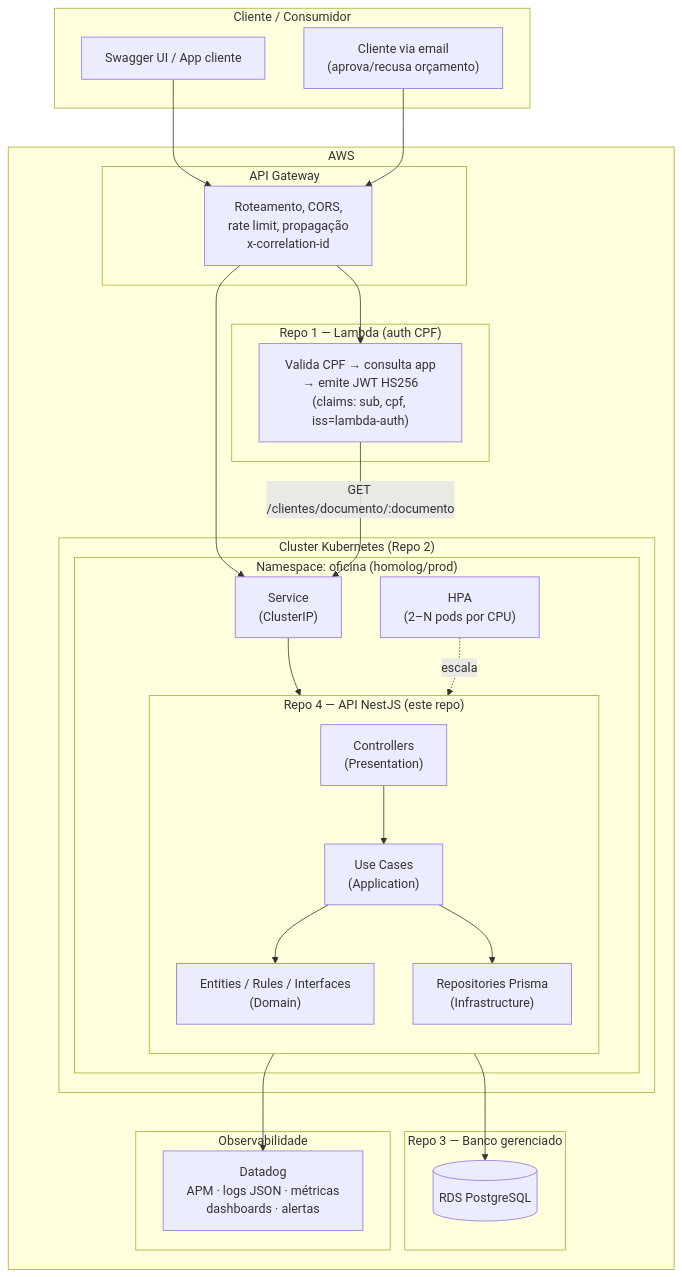
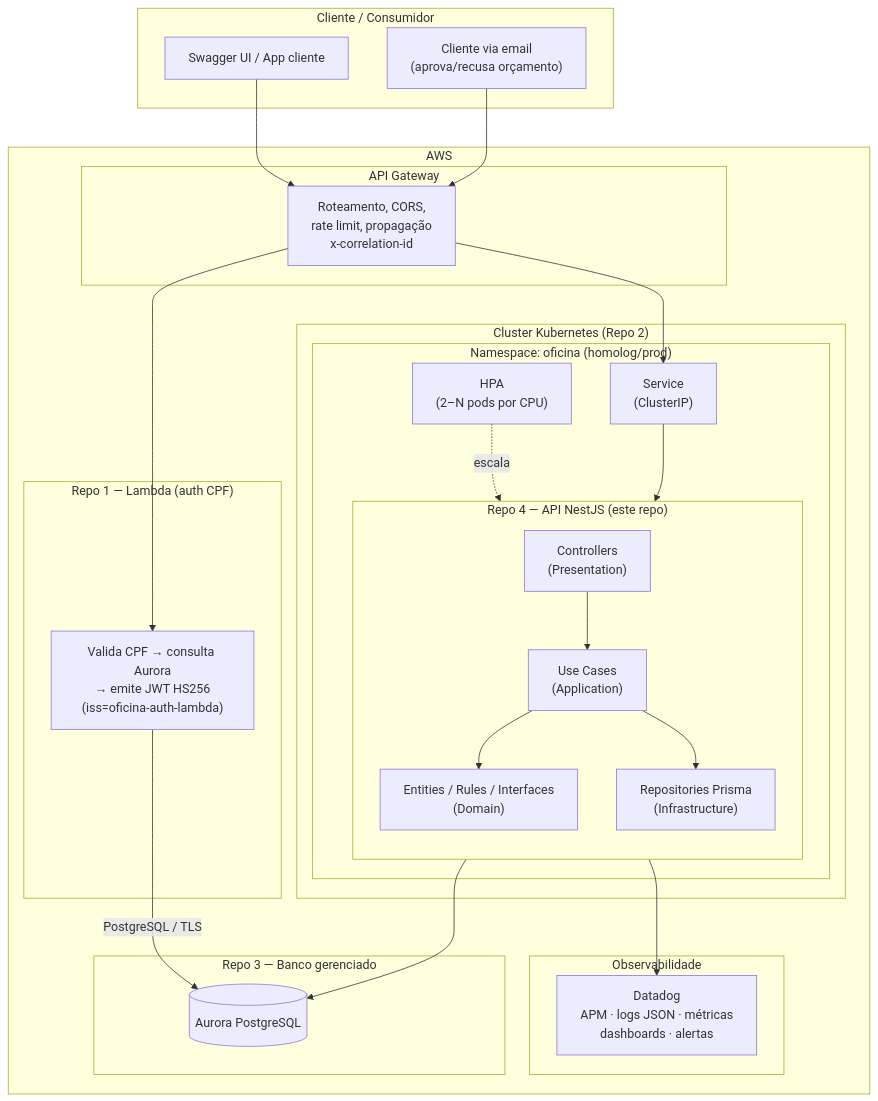
Before and after one commit to FernandoGreco/techChallengePosTech-Aplication: the diagram in docs/architecture/componentes.md, drawn with Mermaid. The commit also changed other lines of this file and 38 other files, not shown here.

Commit message:
feat(app): preparar deploy Aurora, RBAC e notificacoes seguras

````diff
--- a/docs/architecture/componentes.md
+++ b/docs/architecture/componentes.md
@@ -8,53 +8,53 @@
 ```mermaid
 flowchart TB
     subgraph Client["Cliente / Consumidor"]
         SW["Swagger UI / App cliente"]
         EMAIL["Cliente via email<br/>(aprova/recusa orçamento)"]
     end
 
     subgraph AWS["AWS"]
         subgraph GW["API Gateway"]
             APIGW["Roteamento, CORS,<br/>rate limit, propagação<br/>x-correlation-id"]
         end
 
         subgraph LAMBDA["Repo 1 — Lambda (auth CPF)"]
-            L["Valida CPF → consulta app<br/>→ emite JWT HS256<br/>(claims: sub, cpf, iss=lambda-auth)"]
+            L["Valida CPF → consulta Aurora<br/>→ emite JWT HS256<br/>(iss=oficina-auth-lambda)"]
         end
 
         subgraph K8S["Cluster Kubernetes (Repo 2)"]
             subgraph NS["Namespace: oficina (homolog/prod)"]
                 subgraph APP["Repo 4 — API NestJS (este repo)"]
                     direction TB
                     CTRL["Controllers<br/>(Presentation)"]
                     UC["Use Cases<br/>(Application)"]
                     DOM["Entities / Rules / Interfaces<br/>(Domain)"]
                     REPO["Repositories Prisma<br/>(Infrastructure)"]
 
                     CTRL --> UC --> DOM
                     UC --> REPO
                 end
 
                 HPA["HPA<br/>(2–N pods por CPU)"]
                 SVC["Service<br/>(ClusterIP)"]
             end
         end
 
         subgraph DB["Repo 3 — Banco gerenciado"]
-            RDS[("RDS PostgreSQL")]
+            RDS[("Aurora PostgreSQL")]
         end
 
         subgraph OBS["Observabilidade"]
             DD["Datadog<br/>APM · logs JSON · métricas<br/>dashboards · alertas"]
         end
     end
 
     SW --> APIGW
     EMAIL --> APIGW
     APIGW --> L
     APIGW --> SVC
-    L -->|GET /clientes/documento/:documento| SVC
     SVC --> CTRL
     REPO --> RDS
+    L -->|PostgreSQL / TLS| RDS
     APP --> DD
     HPA -.->|escala| APP
 ```
````
